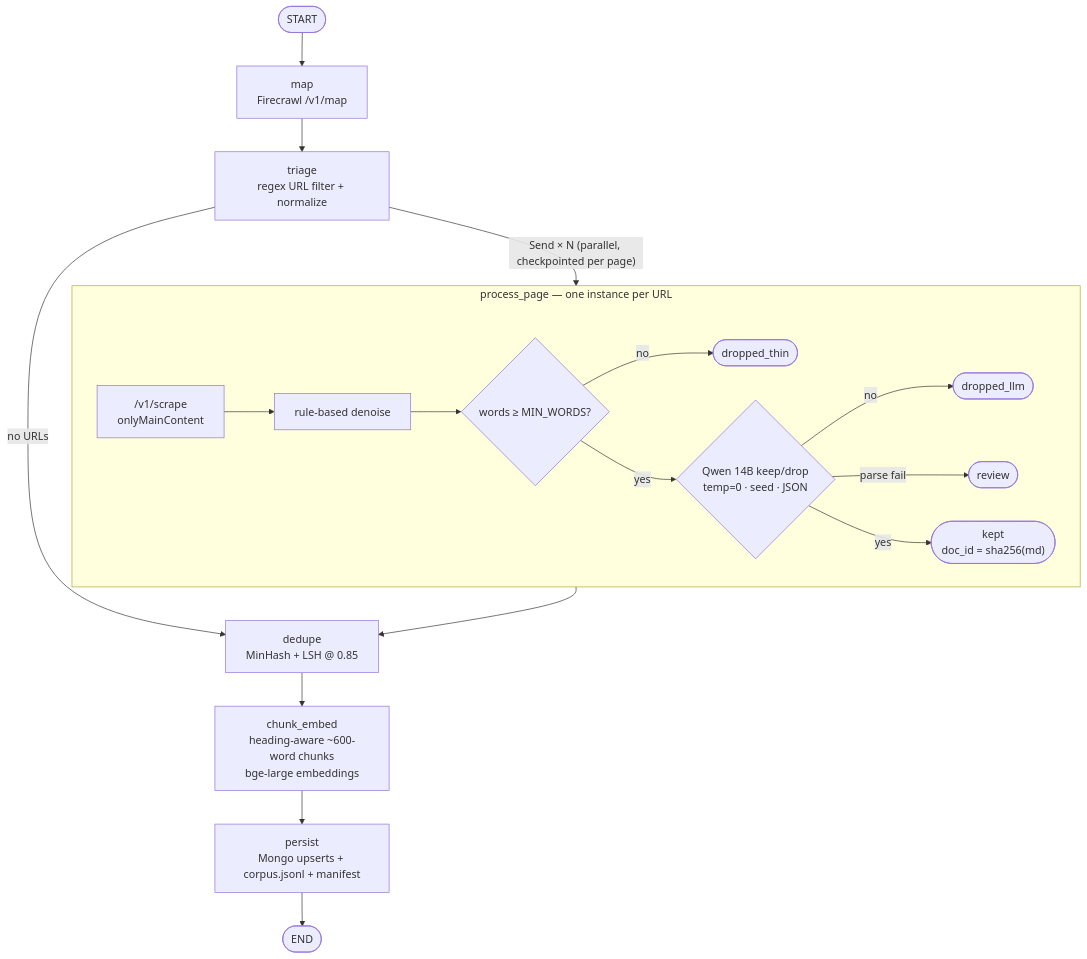
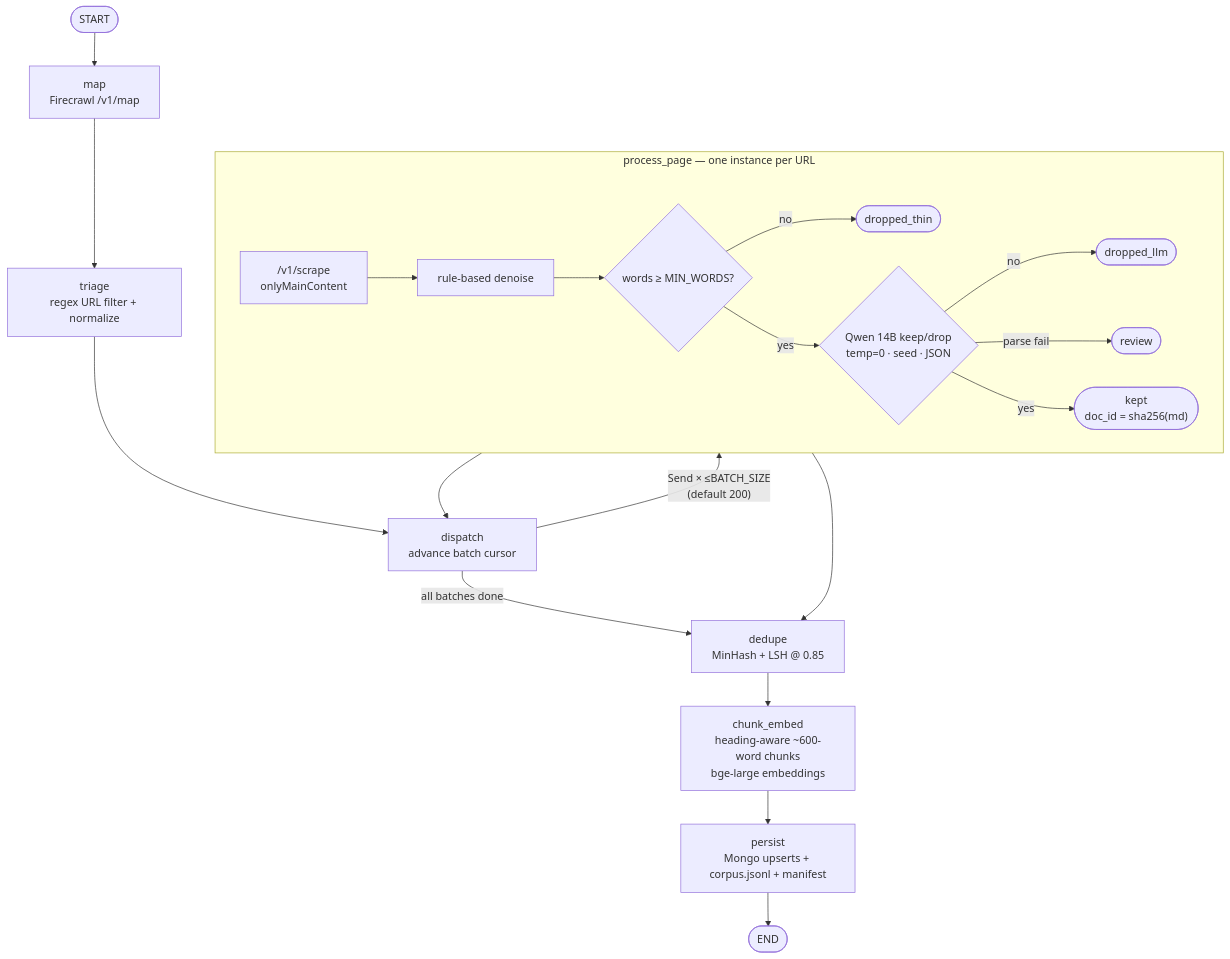
One commit to drintoul/extractor changed the diagram in README.md. Above: the diagram before and after it, drawn with Mermaid. The commit also changed 7 other files, not shown here.

First line of the commit message:
Add batched fan-out with per-batch checkpointing and duplicate content deduplication

````diff
--- a/README.md
+++ b/README.md
@@ -171,22 +171,24 @@
 ```mermaid
 flowchart TD
     S([START]) --> map["map<br/>Firecrawl /v1/map"]
     map --> triage["triage<br/>regex URL filter + normalize"]
-    triage -- "Send × N (parallel, checkpointed per page)" --> pp
-    triage -- "no URLs" --> dedupe
+    triage --> dispatch["dispatch<br/>advance batch cursor"]
+    dispatch -- "Send × ≤BATCH_SIZE<br/>(default 200)" --> pp
+    pp --> dispatch
+    dispatch -- "all batches done" --> dedupe
 
     subgraph pp["process_page — one instance per URL"]
         scrape["/v1/scrape<br/>onlyMainContent"] --> clean["rule-based denoise"]
         clean --> thin{"words ≥ MIN_WORDS?"}
         thin -- "no" --> drop(["dropped_thin"])
         thin -- "yes" --> llm{"Qwen 14B keep/drop<br/>temp=0 · seed · JSON"}
         llm -- "no" --> drop2(["dropped_llm"])
         llm -- "parse fail" --> review(["review"])
         llm -- "yes" --> keep(["kept<br/>doc_id = sha256(md)"])
     end
 
     pp --> dedupe["dedupe<br/>MinHash + LSH @ 0.85"]
     dedupe --> ce["chunk_embed<br/>heading-aware ~600-word chunks<br/>bge-large embeddings"]
     ce --> persist["persist<br/>Mongo upserts + corpus.jsonl + manifest"]
     persist --> E([END])
 ```
````
